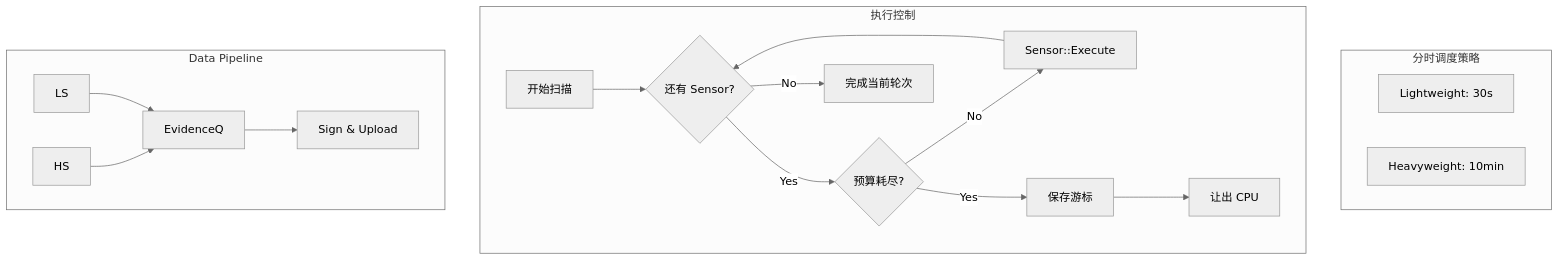
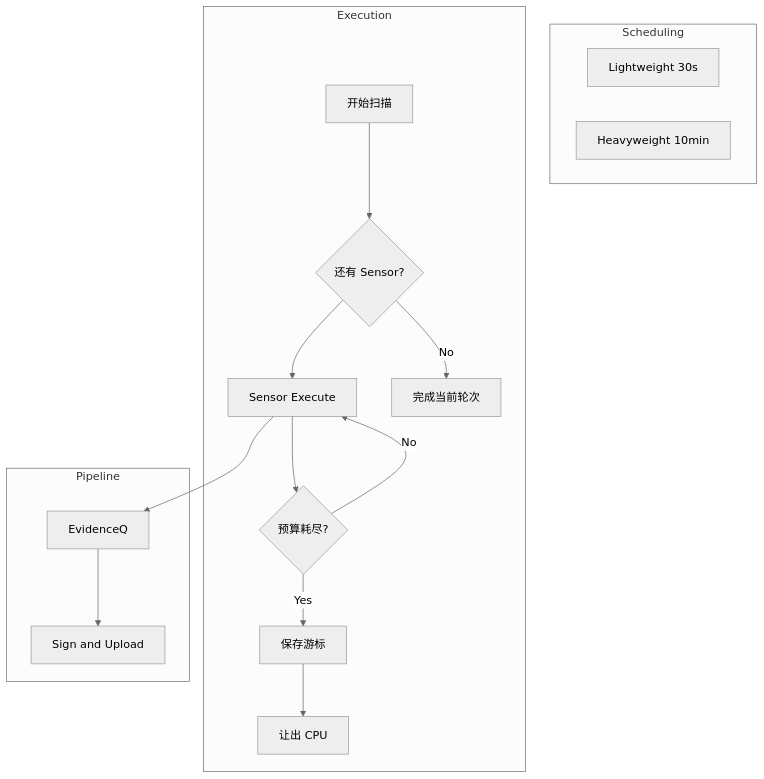
One commit to williammuji/AntiCheat changed the third of 4 diagrams in docs/presentation_outline.md. Above: the diagram before and after it, drawn with Mermaid (neutral theme). The commit also changed other lines of this file, not shown here.

````diff
--- a/docs/presentation_outline.md
+++ b/docs/presentation_outline.md
@@ -153,19 +159,19 @@
 ```mermaid
 graph TD
-    subgraph Scheduling [分时调度策略]
-        T1[Lightweight: 30s]
-        T2[Heavyweight: 10min]
+    subgraph Scheduling
+        T1[Lightweight 30s]
+        T2[Heavyweight 10min]
     end
-    subgraph Execution [执行控制]
+    subgraph Execution
         Start[开始扫描] --> Loop{还有 Sensor?}
-        Loop -->|Yes| Budget{预算耗尽?}
-        Budget -->|No| Run[Sensor::Execute]
+        Loop --> Run[Sensor Execute]
+        Run --> Budget{预算耗尽?}
+        Budget -->|No| Run
         Budget -->|Yes| Save[保存游标] --> End[让出 CPU]
-        Run --> Loop
         Loop -->|No| Finish[完成当前轮次]
     end
-    subgraph Pipeline [Data Pipeline]
-        LS & HS --> Ev[EvidenceQ]
-        Ev --> Up[Sign & Upload]
+    subgraph Pipeline
+        Run --> Ev[EvidenceQ]
+        Ev --> Up[Sign and Upload]
     end
 ```
````
